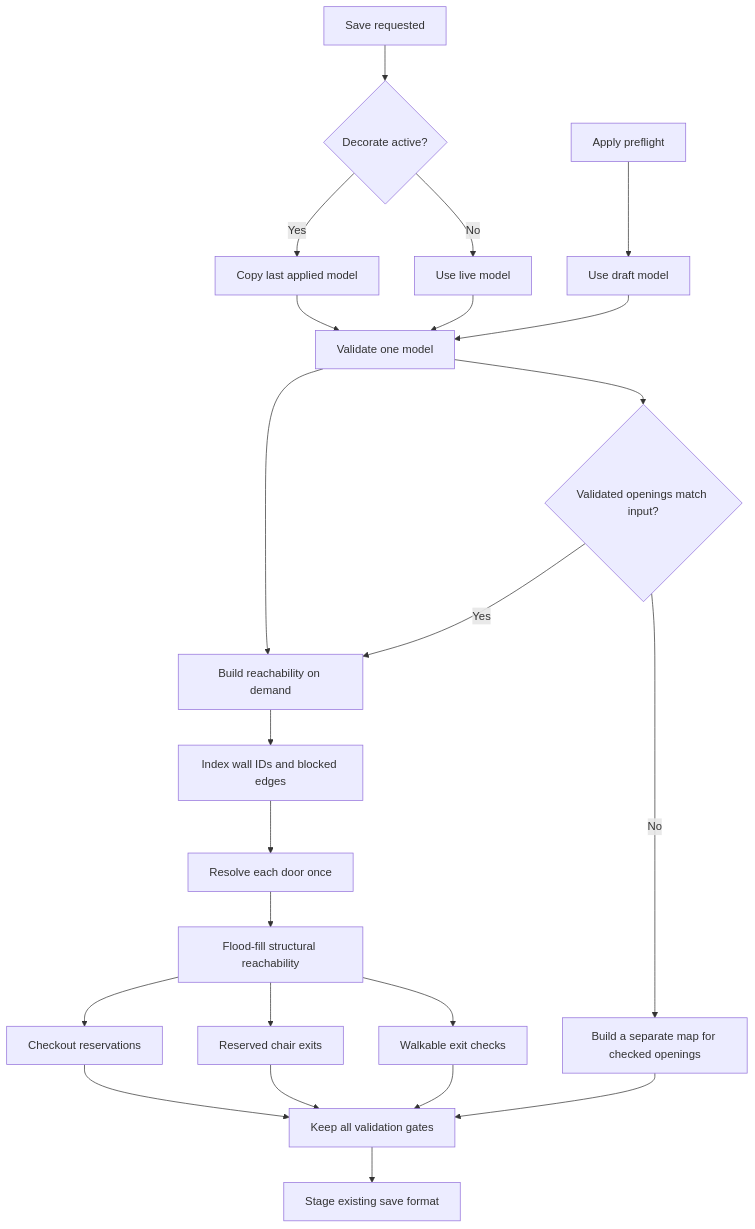
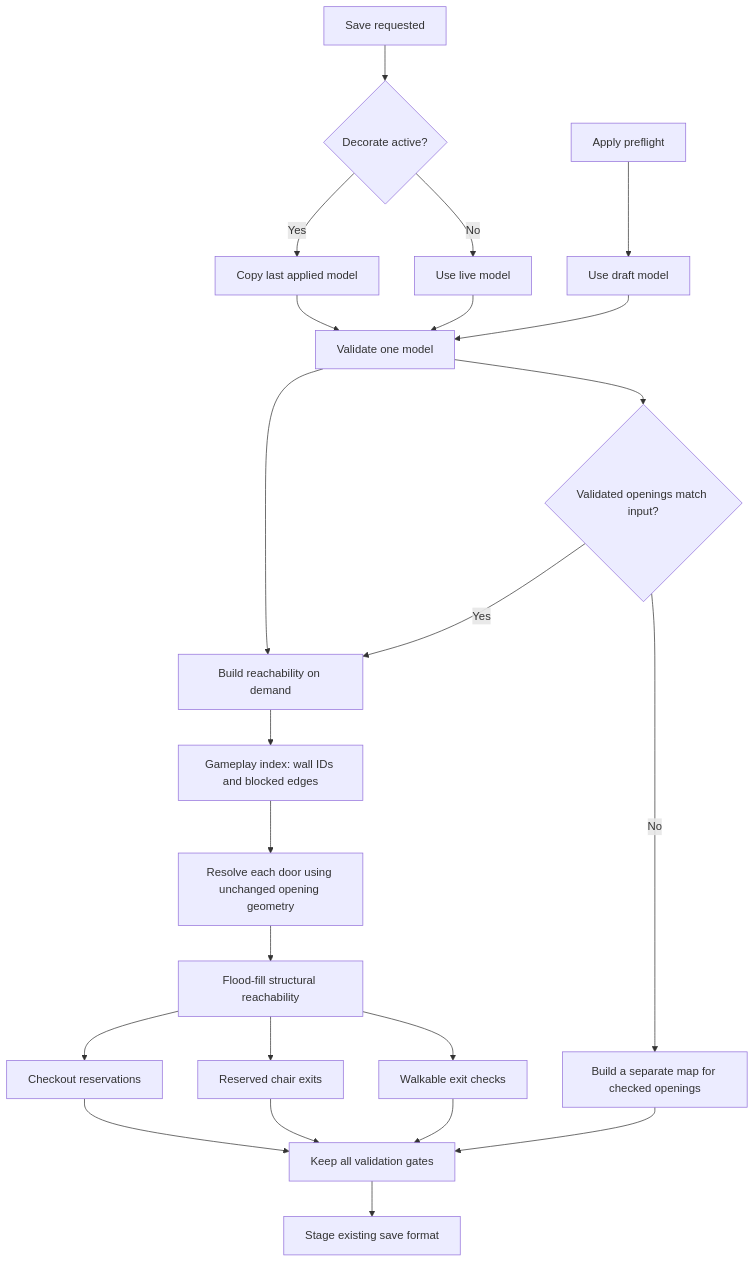
The diagram in docs/development/save-topology/save-topology.mmd (yiyousiow000814/little-leaf), drawn with Mermaid before and after one commit. The commit also changed 7 other files, not shown here.

```diff
--- a/docs/development/save-topology/save-topology.mmd
+++ b/docs/development/save-topology/save-topology.mmd
@@ -1,25 +1,25 @@
 %% Baseline: main a6147afedb1621f8c6181e29b4e3d9b7618491b5
 %% Scope: save and structural reachability, not render or gameplay movement
 flowchart TB
     Save["Save requested"] --> InEdit{"Decorate active?"}
     InEdit -->|Yes| LastApplied["Copy last applied model"]
     InEdit -->|No| Live["Use live model"]
     Apply["Apply preflight"] --> Draft["Use draft model"]
     LastApplied --> Check["Validate one model"]
     Live --> Check
     Draft --> Check
     Check --> Reach["Build reachability on demand"]
-    Reach --> Edges["Index wall IDs and blocked edges"]
-    Edges --> Doors["Resolve each door once"]
+    Reach --> Edges["Gameplay index: wall IDs and blocked edges"]
+    Edges --> Doors["Resolve each door using unchanged opening geometry"]
     Doors --> Flood["Flood-fill structural reachability"]
     Flood --> Checkout["Checkout reservations"]
     Flood --> Chair["Reserved chair exits"]
     Flood --> Egress["Walkable exit checks"]
     Check --> Normalize{"Validated openings match input?"}
     Normalize -->|Yes| Reach
     Normalize -->|No| Separate["Build a separate map for checked openings"]
     Checkout --> Gate["Keep all validation gates"]
     Chair --> Gate
     Egress --> Gate
     Separate --> Gate
     Gate --> Write["Stage existing save format"]
```
